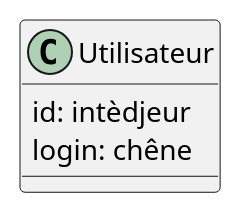
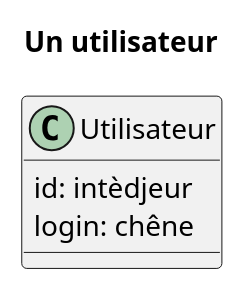
One commit to gh4w/covoiturage changed the diagram in conception/modelisation.puml. Above: the diagram before and after it, drawn with PlantUML.

Commit message:
encore des fotes

```diff
--- a/conception/modelisation.puml
+++ b/conception/modelisation.puml
@@ -1,6 +1,9 @@
 @startuml
+
+title Un utilisateur
+
 class Utilisateur {
     id: intèdjeur
     login: chêne
 }
 @enduml
```
